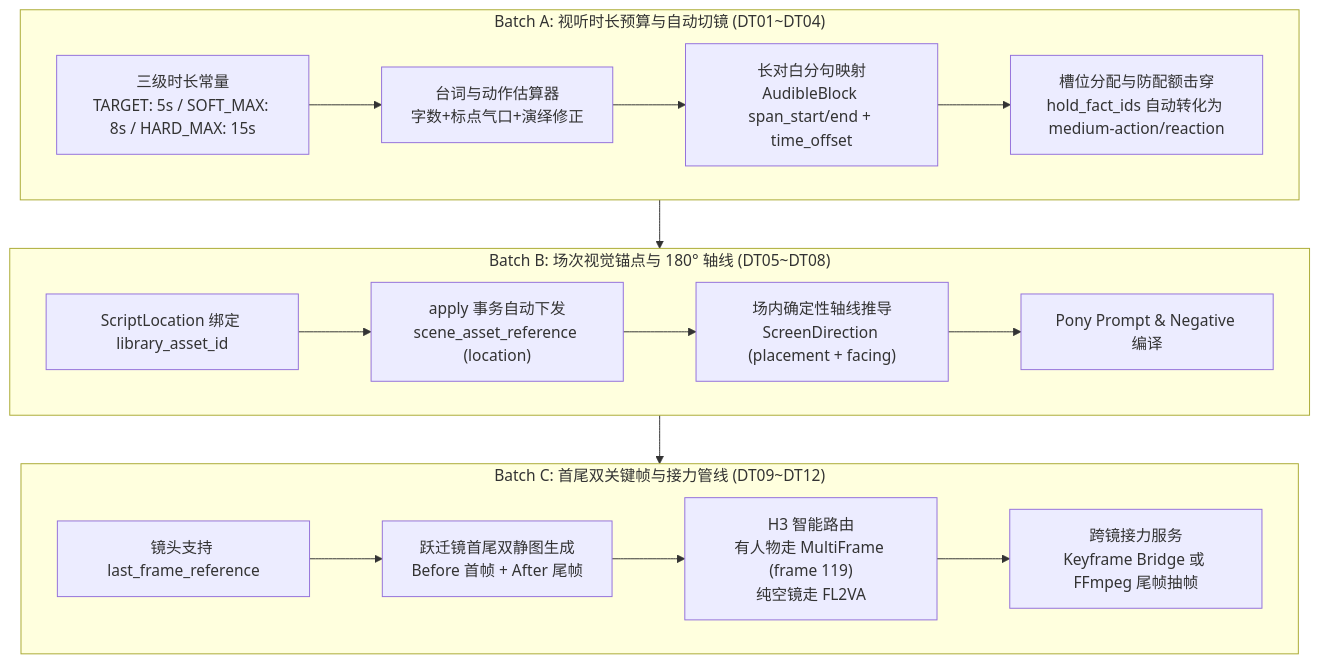
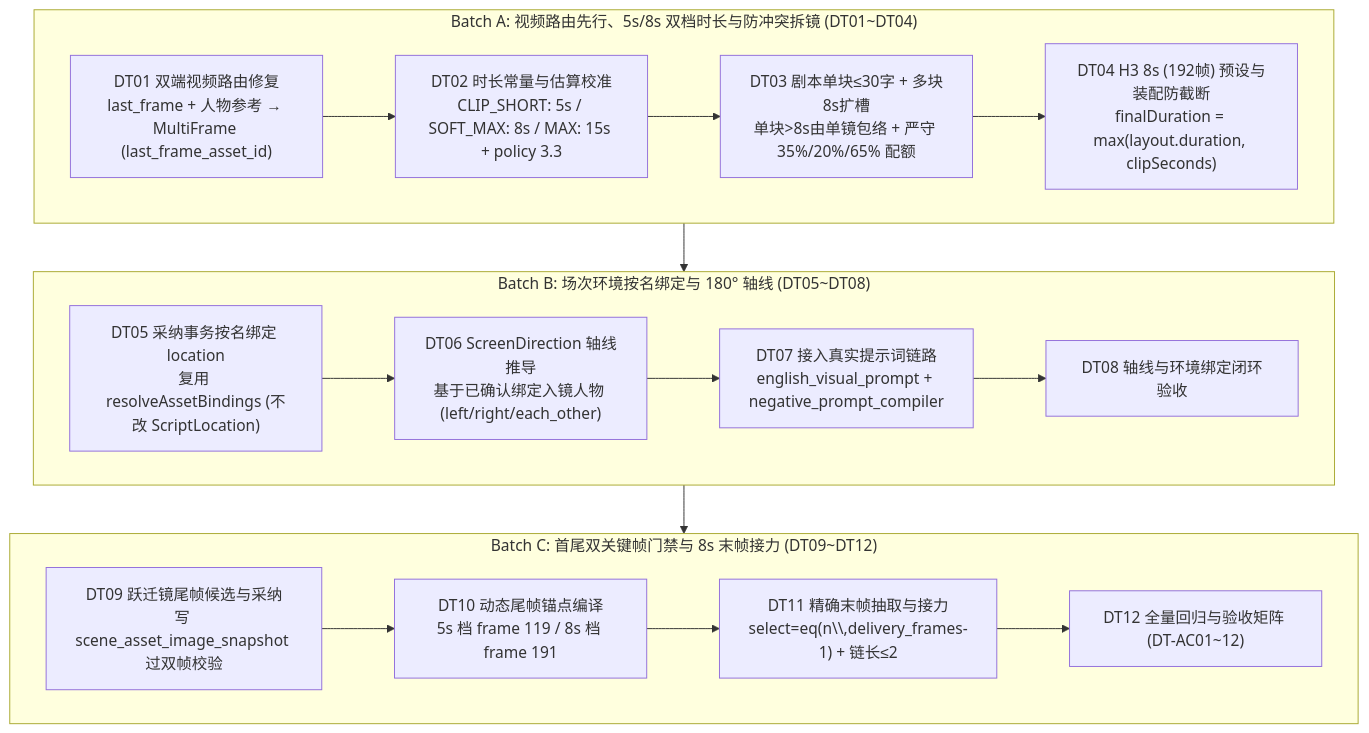
One commit to eric20170524/nova-story changed the diagram in docs/architecture/shot_timing_visual_anchor_first_last_frame_spec_2026-10-29.md. Above: the diagram before and after it, drawn with Mermaid. The commit also changed other lines of this file and 60 other files, not shown here.

````diff
--- a/docs/architecture/shot_timing_visual_anchor_first_last_frame_spec_2026-10-29.md
+++ b/docs/architecture/shot_timing_visual_anchor_first_last_frame_spec_2026-10-29.md
@@ -47,22 +61,22 @@
 ```mermaid
 flowchart TD
-  subgraph B1["Batch A: 视听时长预算与自动切镜 (DT01~DT04)"]
-    T1["三级时长常量<br/>TARGET: 5s / SOFT_MAX: 8s / HARD_MAX: 15s"] --> T2["台词与动作估算器<br/>字数+标点气口+演绎修正"]
-    T2 --> T3["长对白分句映射<br/>AudibleBlock span_start/end + time_offset"]
-    T3 --> T4["槽位分配与防配额击穿<br/>hold_fact_ids 自动转化为 medium-action/reaction"]
+  subgraph B1["Batch A: 视频路由先行、5s/8s 双档时长与防冲突拆镜 (DT01~DT04)"]
+    T1["DT01 双端视频路由修复<br/>last_frame + 人物参考 → MultiFrame (last_frame_asset_id)"] --> T2["DT02 时长常量与估算校准<br/>CLIP_SHORT: 5s / SOFT_MAX: 8s / MAX: 15s + policy 3.3"]
+    T2 --> T3["DT03 剧本单块≤30字 + 多块8s扩槽<br/>单块>8s由单镜包络 + 严守 35%/20%/65% 配额"]
+    T3 --> T4["DT04 H3 8s (192帧) 预设与装配防截断<br/>finalDuration = max(layout.duration, clipSeconds)"]
   end
 
-  subgraph B2["Batch B: 场次视觉锚点与 180° 轴线 (DT05~DT08)"]
-    A1["ScriptLocation 绑定 library_asset_id"] --> A2["apply 事务自动下发<br/>scene_asset_reference (location)"]
-    A2 --> A3["场内确定性轴线推导<br/>ScreenDirection (placement + facing)"]
-    A3 --> A4["Pony Prompt & Negative 编译"]
+  subgraph B2["Batch B: 场次环境按名绑定与 180° 轴线 (DT05~DT08)"]
+    A1["DT05 采纳事务按名绑定 location<br/>复用 resolveAssetBindings (不改 ScriptLocation)"] --> A2["DT06 ScreenDirection 轴线推导<br/>基于已确认绑定入镜人物 (left/right/each_other)"]
+    A2 --> A3["DT07 接入真实提示词链路<br/>english_visual_prompt + negative_prompt_compiler"]
+    A3 --> A4["DT08 轴线与环境绑定闭环验收"]
   end
 
-  subgraph B3["Batch C: 首尾双关键帧与接力管线 (DT09~DT12)"]
-    R1["镜头支持 last_frame_reference"] --> R2["跃迁镜首尾双静图生成<br/>Before 首帧 + After 尾帧"]
-    R2 --> R3["H3 智能路由<br/>有人物走 MultiFrame (frame 119)<br/>纯空镜走 FL2VA"]
-    R3 --> R4["跨镜接力服务<br/>Keyframe Bridge 或 FFmpeg 尾帧抽帧"]
+  subgraph B3["Batch C: 首尾双关键帧门禁与 8s 末帧接力 (DT09~DT12)"]
+    R1["DT09 跃迁镜尾帧候选与采纳<br/>写 scene_asset_image_snapshot 过双帧校验"] --> R2["DT10 动态尾帧锚点编译<br/>5s 档 frame 119 / 8s 档 frame 191"]
+    R2 --> R3["DT11 精确末帧抽取与接力<br/>select=eq(n\\,delivery_frames-1) + 链长≤2"]
+    R3 --> R4["DT12 全量回归与验收矩阵 (DT-AC01~12)"]
   end
 
   B1 --> B2 --> B3
 ```
````
